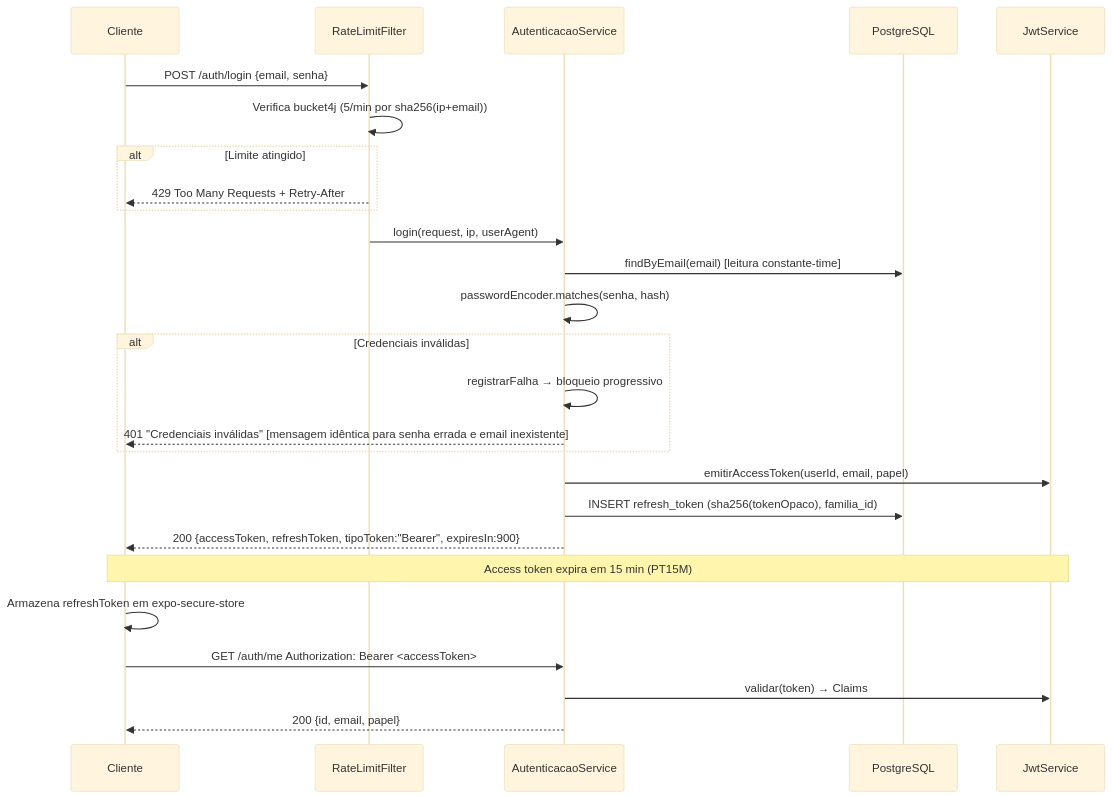
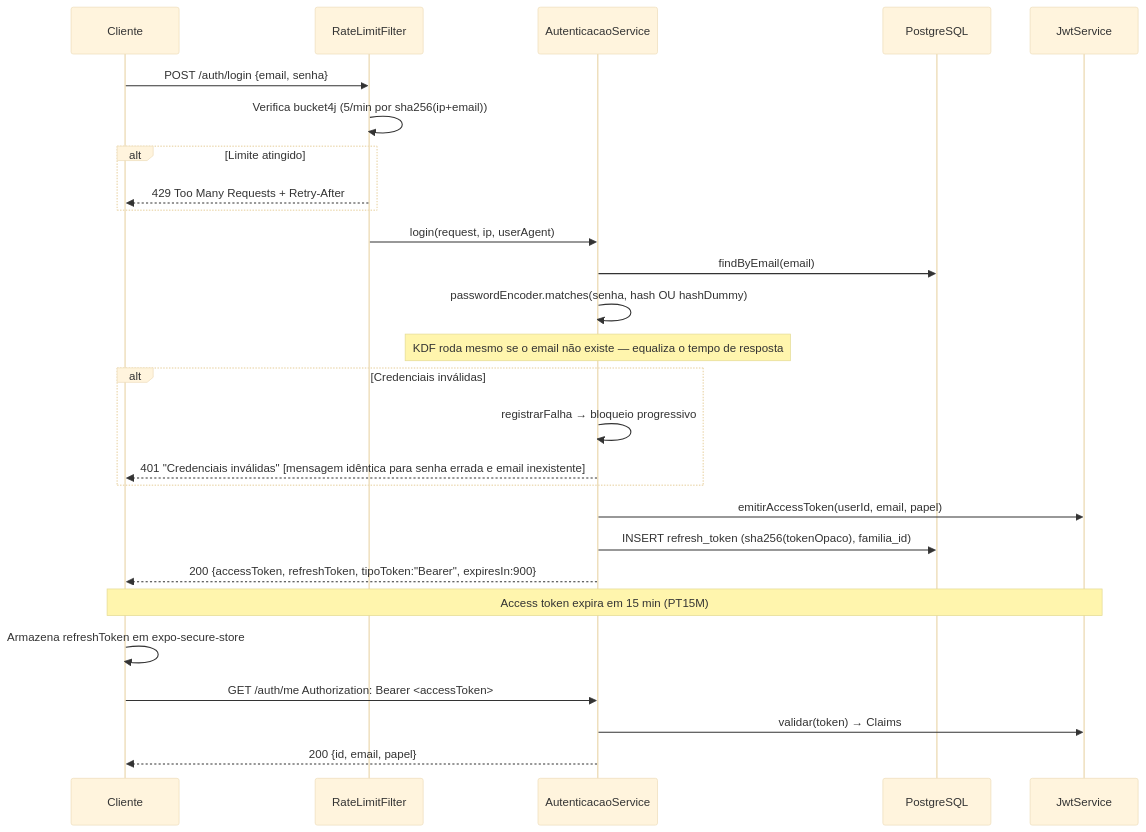
Before and after one commit to RenanFerreira02/Omni-Tribo: the second of 4 diagrams in docs/seguranca/autenticacao.md, drawn with Mermaid (base theme). The commit also changed other lines of this file and 43 other files, not shown here.

````diff
--- a/docs/seguranca/autenticacao.md
+++ b/docs/seguranca/autenticacao.md
@@ -43,31 +43,32 @@
 ```mermaid
 sequenceDiagram
     participant C as Cliente
     participant RL as RateLimitFilter
     participant AS as AutenticacaoService
     participant DB as PostgreSQL
     participant JWT as JwtService
 
     C->>RL: POST /auth/login {email, senha}
     RL->>RL: Verifica bucket4j (5/min por sha256(ip+email))
     alt Limite atingido
         RL-->>C: 429 Too Many Requests + Retry-After
     end
     RL->>AS: login(request, ip, userAgent)
-    AS->>DB: findByEmail(email) [leitura constante-time]
-    AS->>AS: passwordEncoder.matches(senha, hash)
+    AS->>DB: findByEmail(email)
+    AS->>AS: passwordEncoder.matches(senha, hash OU hashDummy)
+    Note over AS: KDF roda mesmo se o email não existe — equaliza o tempo de resposta
     alt Credenciais inválidas
         AS->>AS: registrarFalha → bloqueio progressivo
         AS-->>C: 401 "Credenciais inválidas" [mensagem idêntica para senha errada e email inexistente]
     end
     AS->>JWT: emitirAccessToken(userId, email, papel)
     AS->>DB: INSERT refresh_token (sha256(tokenOpaco), familia_id)
     AS-->>C: 200 {accessToken, refreshToken, tipoToken:"Bearer", expiresIn:900}
 
     Note over C,JWT: Access token expira em 15 min (PT15M)
 
     C->>C: Armazena refreshToken em expo-secure-store
     C->>AS: GET /auth/me Authorization: Bearer <accessToken>
     AS->>JWT: validar(token) → Claims
     AS-->>C: 200 {id, email, papel}
 ```
````
